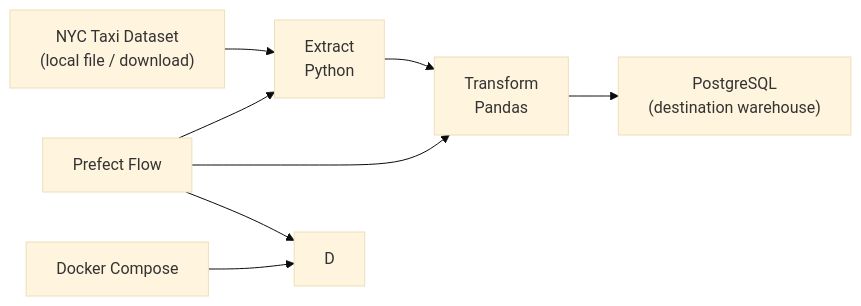
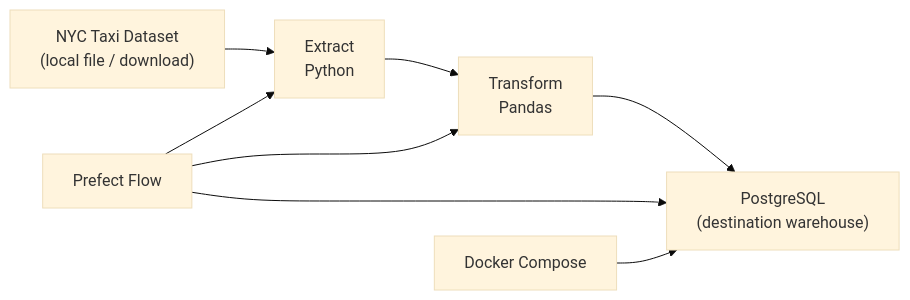
The second of 2 diagrams in README.md (sulayaffa24/nyc-taxi-data-engineering), drawn with Mermaid (base theme) before and after one commit.

Commit message:
Adding a ReadMe

````diff
--- a/README.md
+++ b/README.md
@@ -31,11 +31,11 @@
 ```mermaid
 flowchart LR
     A["NYC Taxi Dataset<br/>(local file / download)"] --> B["Extract<br/>Python"]
     B --> C["Transform<br/>Pandas"]
-    C --> D"["PostgreSQL<br/>(destination warehouse)"]
+    C --> D["PostgreSQL<br/>(destination warehouse)"]
     E[Prefect Flow] --> B
     E --> C
     E --> D
     F[Docker Compose] --> D
 
 ```
````
